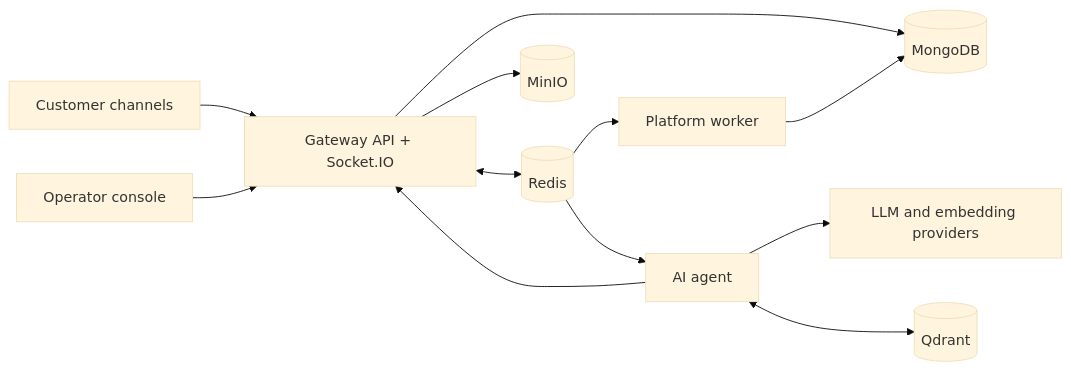
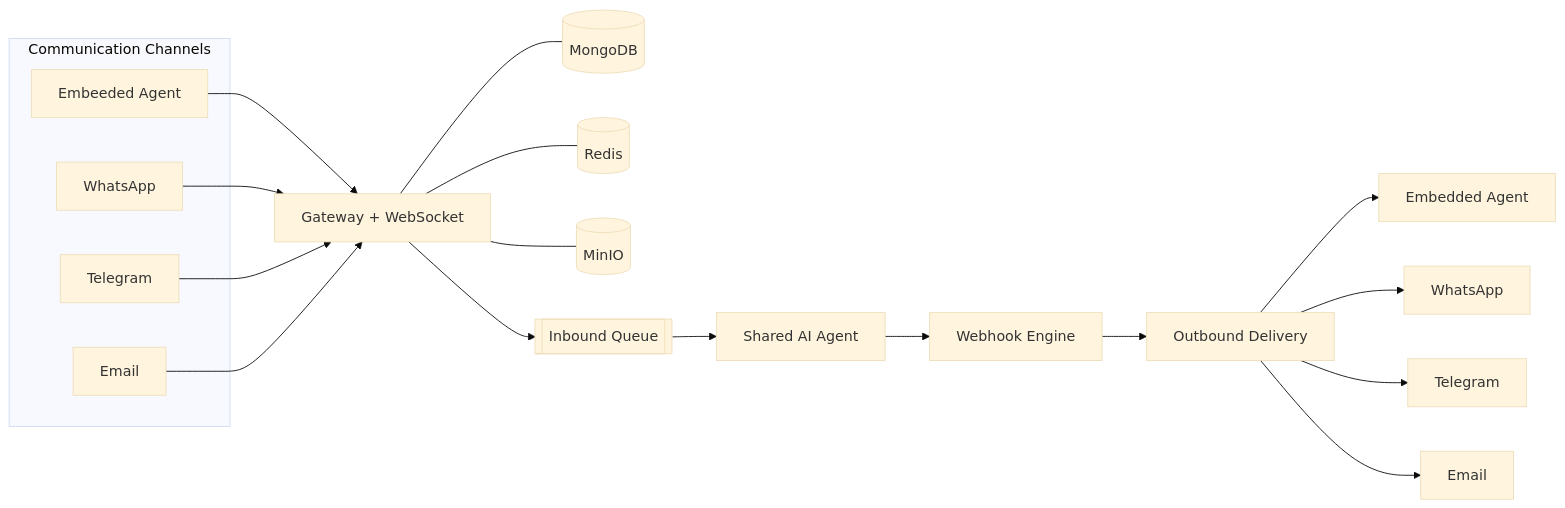
Before and after one commit to InteraOne/docs: the diagram in introduction.mdx, drawn with Mermaid (base theme). The commit also changed other lines of this file, not shown here.

Commit message:
Updated mintlify pages
- Updated introduction.mdx

Mintlify-Source: dashboard-editor

````diff
--- a/introduction.mdx
+++ b/introduction.mdx
@@ -41,14 +48,53 @@
 ```mermaid
 flowchart LR
-  Visitor[Customer channels] --> Gateway[Gateway API + Socket.IO]
-  Console[Operator console] --> Gateway
-  Gateway --> Mongo[(MongoDB)]
-  Gateway <--> Redis[(Redis)]
-  Gateway --> MinIO[(MinIO)]
-  Redis --> Agent[AI agent]
-  Agent --> Providers[LLM and embedding providers]
-  Agent <--> Qdrant[(Qdrant)]
-  Agent --> Gateway
-  Redis --> Worker[Platform worker]
-  Worker --> Mongo
+    %% =========================
+    %% Inbound Channels
+    %% =========================
+    subgraph Channels["Communication Channels"]
+        Web[Embeeded Agent]
+        WhatsApp[WhatsApp]
+        Telegram[Telegram]
+        Email[Email]
+    end
+
+    %% =========================
+    %% Gateway
+    %% =========================
+    Gateway[Gateway + WebSocket]
+
+    Web --> Gateway
+    WhatsApp --> Gateway
+    Telegram --> Gateway
+    Email --> Gateway
+  
+
+    %% =========================
+    %% Infrastructure
+    %% =========================
+    Mongo[(MongoDB)]
+    Redis[(Redis)]
+    MinIO[(MinIO)]
+
+    Gateway --- Mongo
+    Gateway --- Redis
+    Gateway --- MinIO
+
+    %% =========================
+    %% Processing Pipeline
+    %% =========================
+    Gateway --> InQueue[[Inbound Queue]]
+
+    InQueue --> Agent[Shared AI Agent]
+
+    Agent --> Webhook[Webhook Engine]
+
+    Webhook --> Outbound[Outbound Delivery]
+
+    %% =========================
+    %% Outbound Channels
+    %% =========================
+    Outbound --> WebOut[Embedded Agent]
+    Outbound --> WhatsAppOut[WhatsApp]
+    Outbound --> TelegramOut[Telegram]
+    Outbound --> EmailOut[Email]
 ```
````
